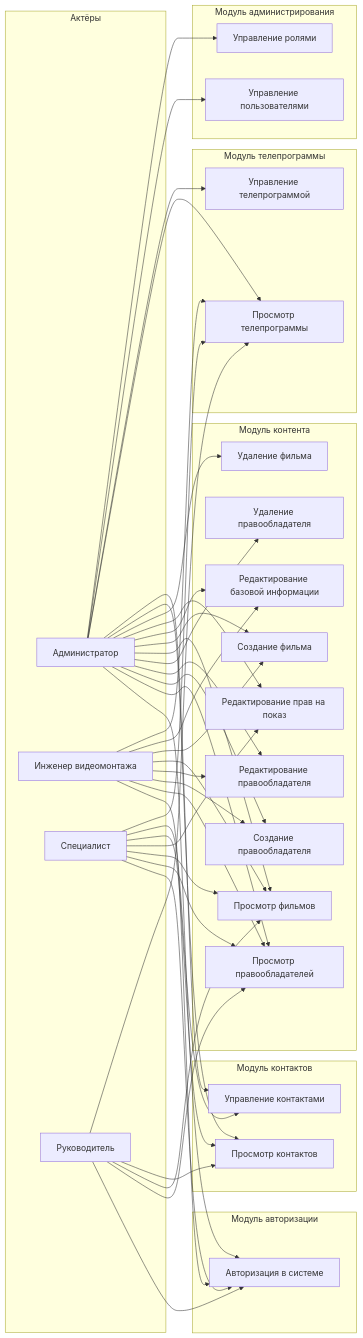
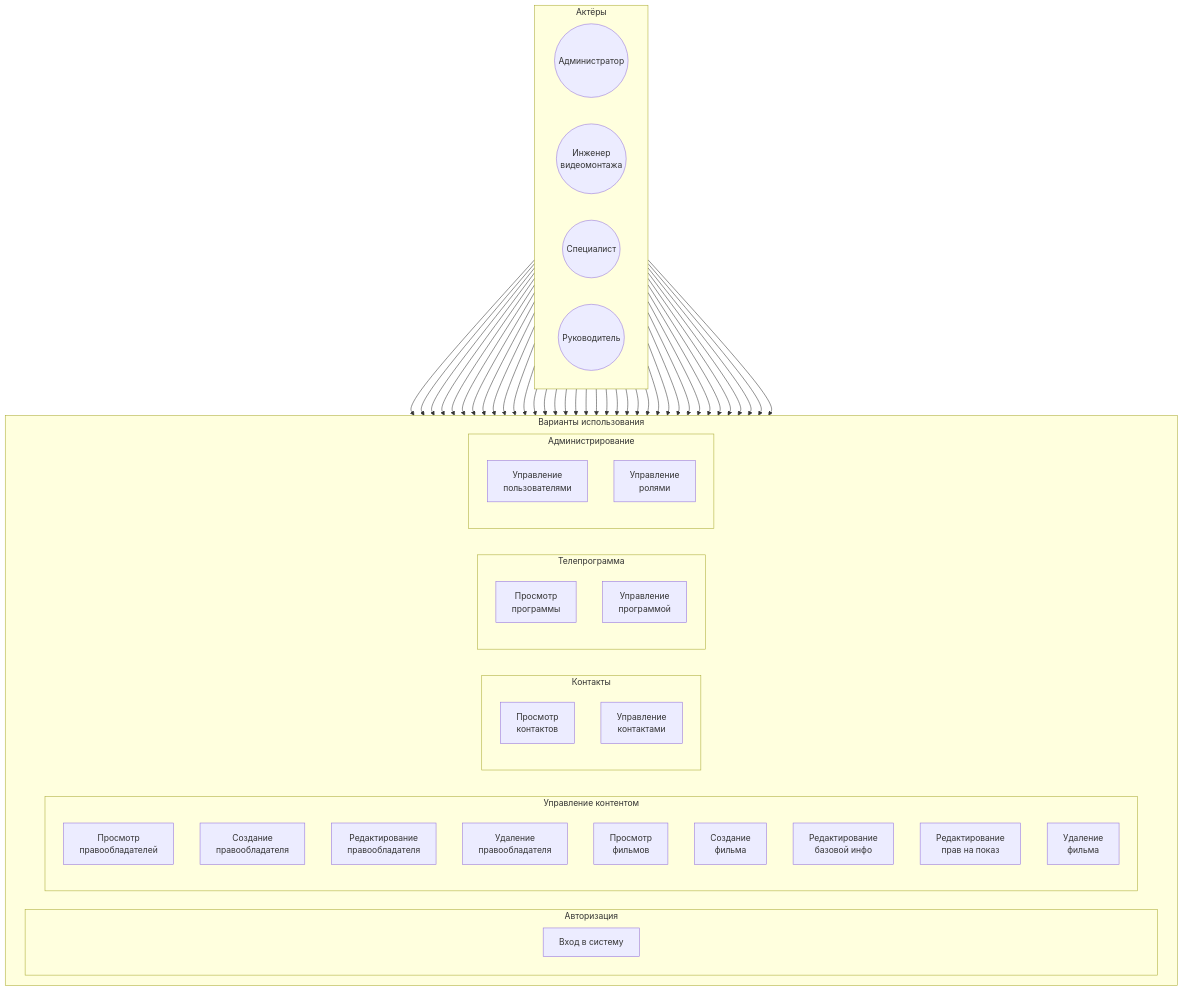
The fourth of 11 diagrams in README.md (GrandMilkman/EquipmentAccounting), drawn with Mermaid before and after one commit.

````diff
--- a/README.md
+++ b/README.md
@@ -304,80 +304,75 @@
 ```mermaid
-flowchart LR
-    subgraph Actors["Актёры"]
-        Admin["Администратор"]
-        VideoEditor["Инженер видеомонтажа"]
-        Specialist["Специалист"]
-        Manager["Руководитель"]
+flowchart TB
+    subgraph Actors["                                          Актёры                                          "]
+        direction LR
+        Admin(("Администратор"))
+        VideoEditor(("Инженер<br/>видеомонтажа"))
+        Specialist(("Специалист"))
+        Manager(("Руководитель"))
     end
 
-    subgraph AuthModule["Модуль авторизации"]
-        UC1["Авторизация в системе"]
+    subgraph UseCases["                                                                    Варианты использования                                                                    "]
+        direction LR
+
+        subgraph Auth["Авторизация"]
+            UC1["Вход в систему"]
+        end
+
+        subgraph Content["Управление контентом"]
+            direction TB
+            UC2["Просмотр<br/>правообладателей"]
+            UC3["Создание<br/>правообладателя"]
+            UC4["Редактирование<br/>правообладателя"]
+            UC5["Удаление<br/>правообладателя"]
+            UC6["Просмотр<br/>фильмов"]
+            UC7["Создание<br/>фильма"]
+            UC8["Редактирование<br/>базовой инфо"]
+            UC9["Редактирование<br/>прав на показ"]
+            UC10["Удаление<br/>фильма"]
+        end
+
+        subgraph Contacts["Контакты"]
+            direction TB
+            UC11["Просмотр<br/>контактов"]
+            UC12["Управление<br/>контактами"]
+        end
+
+        subgraph Schedule["Телепрограмма"]
+            direction TB
+            UC13["Просмотр<br/>программы"]
+            UC14["Управление<br/>программой"]
+        end
+
+        subgraph AdminPanel["Администрирование"]
+            direction TB
+            UC15["Управление<br/>пользователями"]
+            UC16["Управление<br/>ролями"]
+        end
     end
 
-    subgraph ContentModule["Модуль контента"]
-        UC2["Просмотр правообладателей"]
-        UC3["Создание правообладателя"]
-        UC4["Редактирование правообладателя"]
-        UC5["Удаление правообладателя"]
-        UC6["Просмотр фильмов"]
-        UC7["Создание фильма"]
-        UC8["Редактирование базовой информации"]
-        UC9["Редактирование прав на показ"]
-        UC10["Удаление фильма"]
-    end
+    %% Администратор - полный доступ
+    Admin --> UC1
+    Admin --> UC2 & UC3 & UC4 & UC5
+    Admin --> UC6 & UC7 & UC8 & UC9 & UC10
+    Admin --> UC11 & UC12
+    Admin --> UC13 & UC14
+    Admin --> UC15 & UC16
 
-    subgraph ContactsModule["Модуль контактов"]
-        UC11["Просмотр контактов"]
-        UC12["Управление контактами"]
-    end
-
-    subgraph ScheduleModule["Модуль телепрограммы"]
-        UC13["Просмотр телепрограммы"]
-        UC14["Управление телепрограммой"]
-    end
-
-    subgraph AdminModule["Модуль администрирования"]
-        UC15["Управление пользователями"]
-        UC16["Управление ролями"]
-    end
-
-    Admin --> UC1
-    Admin --> UC2
-    Admin --> UC3
-    Admin --> UC4
-    Admin --> UC5
-    Admin --> UC6
-    Admin --> UC7
-    Admin --> UC8
-    Admin --> UC9
-    Admin --> UC10
-    Admin --> UC11
-    Admin --> UC12
-    Admin --> UC13
-    Admin --> UC14
-    Admin --> UC15
-    Admin --> UC16
-
+    %% Инженер видеомонтажа
     VideoEditor --> UC1
-    VideoEditor --> UC2
-    VideoEditor --> UC3
-    VideoEditor --> UC4
-    VideoEditor --> UC6
-    VideoEditor --> UC7
-    VideoEditor --> UC8
+    VideoEditor --> UC2 & UC3 & UC4
+    VideoEditor --> UC6 & UC7 & UC8
     VideoEditor --> UC13
 
+    %% Специалист
     Specialist --> UC1
-    Specialist --> UC2
-    Specialist --> UC6
-    Specialist --> UC9
-    Specialist --> UC11
-    Specialist --> UC12
+    Specialist --> UC2 & UC6 & UC9
+    Specialist --> UC11 & UC12
     Specialist --> UC13
 
+    %% Руководитель - только просмотр
     Manager --> UC1
-    Manager --> UC2
-    Manager --> UC6
+    Manager --> UC2 & UC6
     Manager --> UC11
     Manager --> UC13
 ```
````
